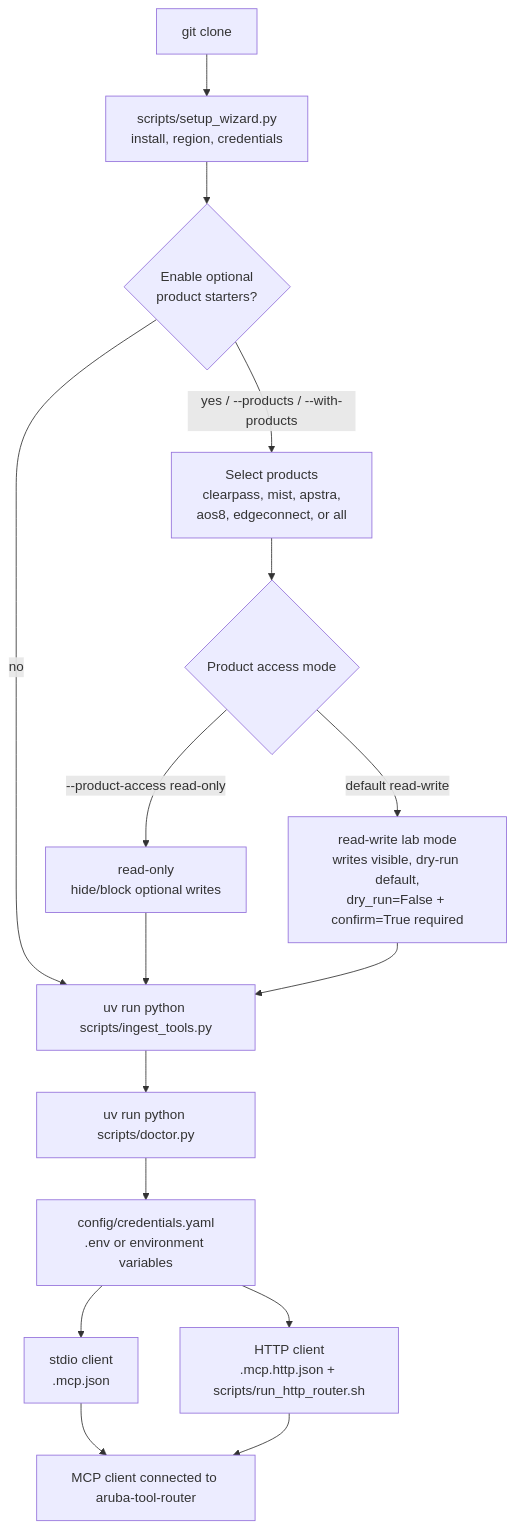
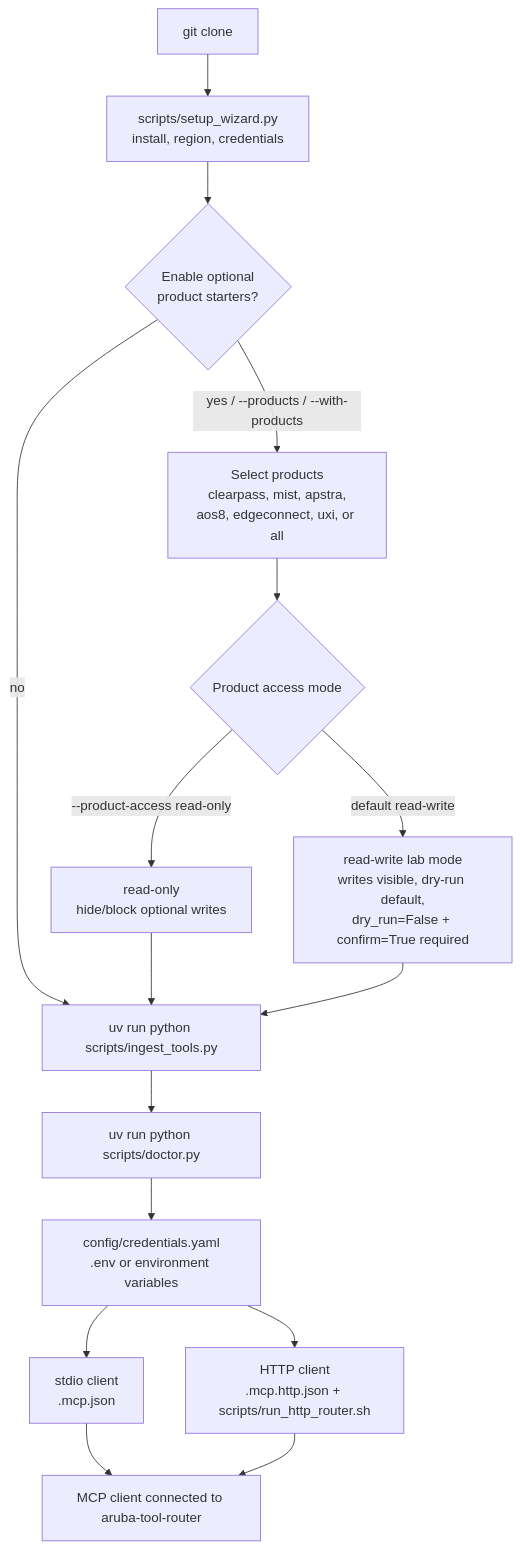
Before and after one commit to secure-ssid/centralmcp: the third of 3 diagrams in docs/architecture/system-overview.md, drawn with Mermaid. The commit also changed other lines of this file and 25 other files, not shown here.

````diff
--- a/docs/architecture/system-overview.md
+++ b/docs/architecture/system-overview.md
@@ -71,32 +71,32 @@
 ```mermaid
 flowchart TD
     clone["git clone"]
     wizard["scripts/setup_wizard.py<br/>install, region, credentials"]
     products{"Enable optional<br/>product starters?"}
-    selected["Select products<br/>clearpass, mist, apstra,<br/>aos8, edgeconnect, or all"]
+    selected["Select products<br/>clearpass, mist, apstra,<br/>aos8, edgeconnect, uxi, or all"]
     access{"Product access mode"}
     ro["read-only<br/>hide/block optional writes"]
     rw["read-write lab mode<br/>writes visible, dry-run default,<br/>dry_run=False + confirm=True required"]
     catalog["uv run python scripts/ingest_tools.py"]
     doctor["uv run python scripts/doctor.py"]
     creds["config/credentials.yaml<br/>.env or environment variables"]
     stdio["stdio client<br/>.mcp.json"]
     http["HTTP client<br/>.mcp.http.json + scripts/run_http_router.sh"]
     ready["MCP client connected to aruba-tool-router"]
 
     clone --> wizard
     wizard --> products
     products -->|"yes / --products / --with-products"| selected
     products -->|"no"| catalog
     selected --> access
     access -->|"--product-access read-only"| ro
     access -->|"default read-write"| rw
     ro --> catalog
     rw --> catalog
     catalog --> doctor
     doctor --> creds
     creds --> stdio
     creds --> http
     stdio --> ready
     http --> ready
 ```
````
